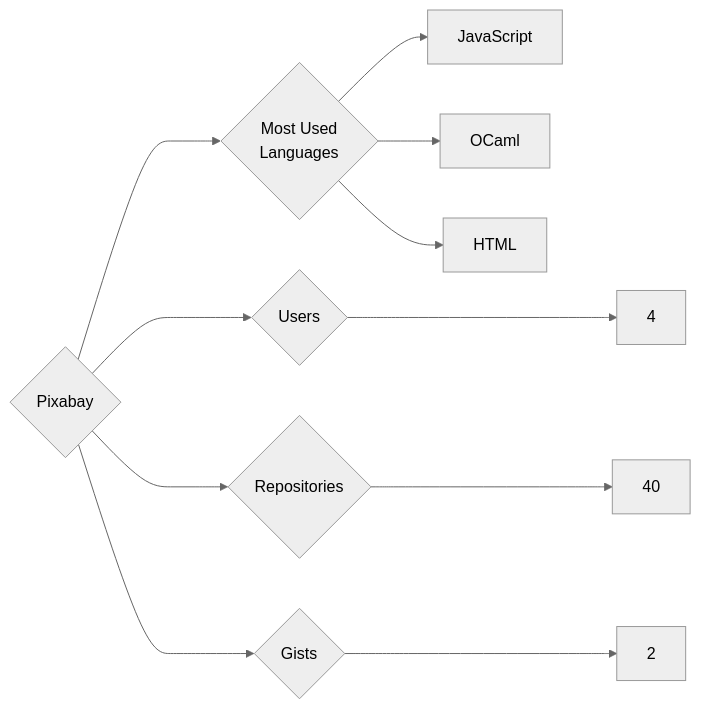
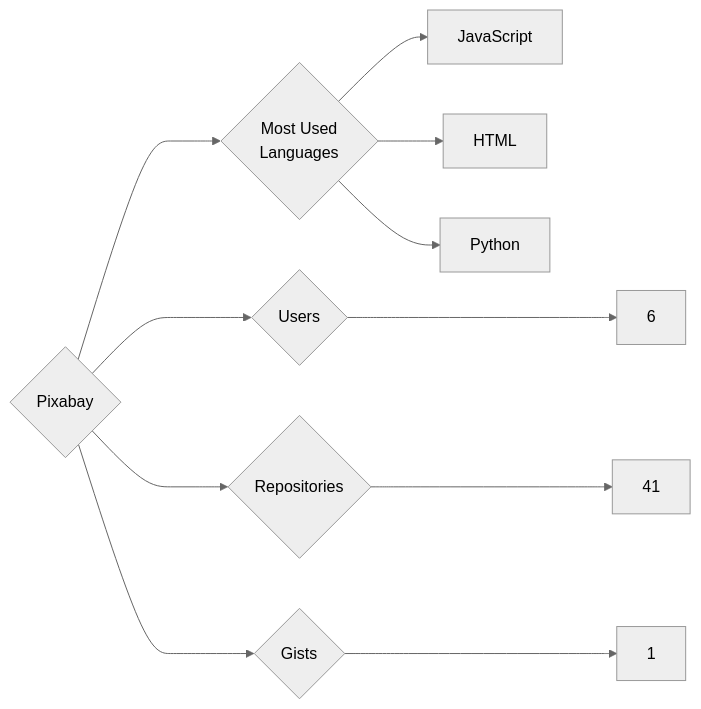
The diagram in targets/Pixabay/README.md (trickest/insiders), drawn with Mermaid (neutral theme) before and after one commit. The commit also changed 1389 other files, not shown here.

````diff
--- a/targets/Pixabay/README.md
+++ b/targets/Pixabay/README.md
@@ -3,11 +3,11 @@
 ```mermaid
 graph LR
 COMPANY_NAME{Pixabay}
-COMPANY_NAME ---> U{Users} ---> UN[4]
-COMPANY_NAME ---> R{Repositories} ---> RN[40]
-COMPANY_NAME ---> G{Gists} ---> GN[2]
+COMPANY_NAME ---> U{Users} ---> UN[6]
+COMPANY_NAME ---> R{Repositories} ---> RN[41]
+COMPANY_NAME ---> G{Gists} ---> GN[1]
 COMPANY_NAME ---> ML{Most Used<br>Languages}
 ML --> JavaScript[JavaScript]
-ML --> OCaml[OCaml]
 ML --> HTML[HTML]
+ML --> Python[Python]
 ```
````
